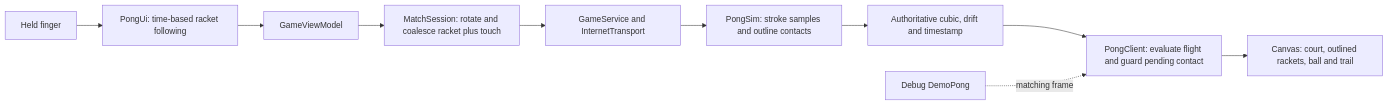
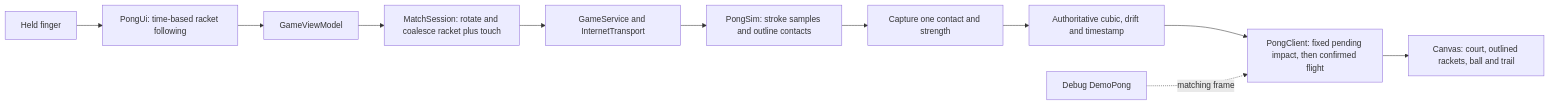
Before and after one commit to aarahman04/One-on-One-Android: the first of 52 diagrams in docs/ARCHITECTURE.md, drawn with Mermaid. The commit also changed other lines of this file and 4 other files, not shown here.

````diff
--- a/docs/ARCHITECTURE.md
+++ b/docs/ARCHITECTURE.md
@@ -15,12 +21,13 @@
 ```mermaid
 flowchart LR
     Touch[Held finger] --> UI[PongUi: time-based racket following]
     UI --> VM[GameViewModel]
     VM --> Session[MatchSession: rotate and coalesce racket plus touch]
     Session --> Service[GameService and InternetTransport]
     Service --> Server[PongSim: stroke samples and outline contacts]
-    Server --> Frame[Authoritative cubic, drift and timestamp]
-    Frame --> Client[PongClient: evaluate flight and guard pending contact]
+    Server --> Impact[Capture one contact and strength]
+    Impact --> Frame[Authoritative cubic, drift and timestamp]
+    Frame --> Client[PongClient: fixed pending impact, then confirmed flight]
     Client --> Canvas[Canvas: court, outlined rackets, ball and trail]
     Demo[Debug DemoPong] -. matching frame .-> Client
 ```
````
